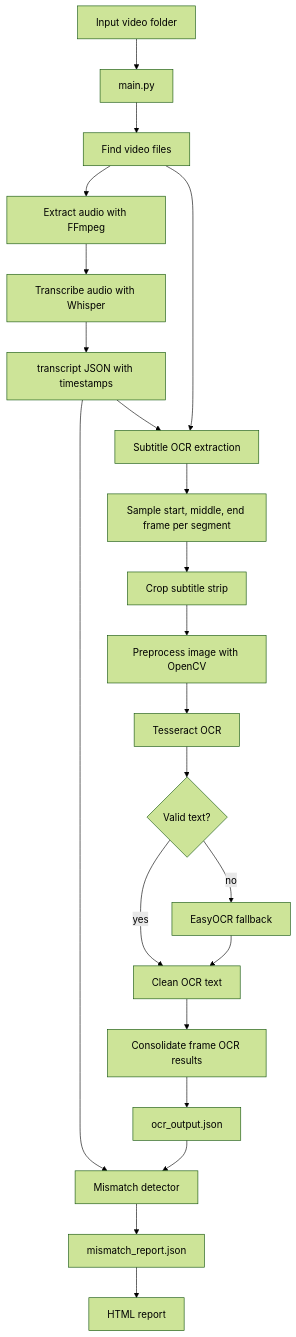
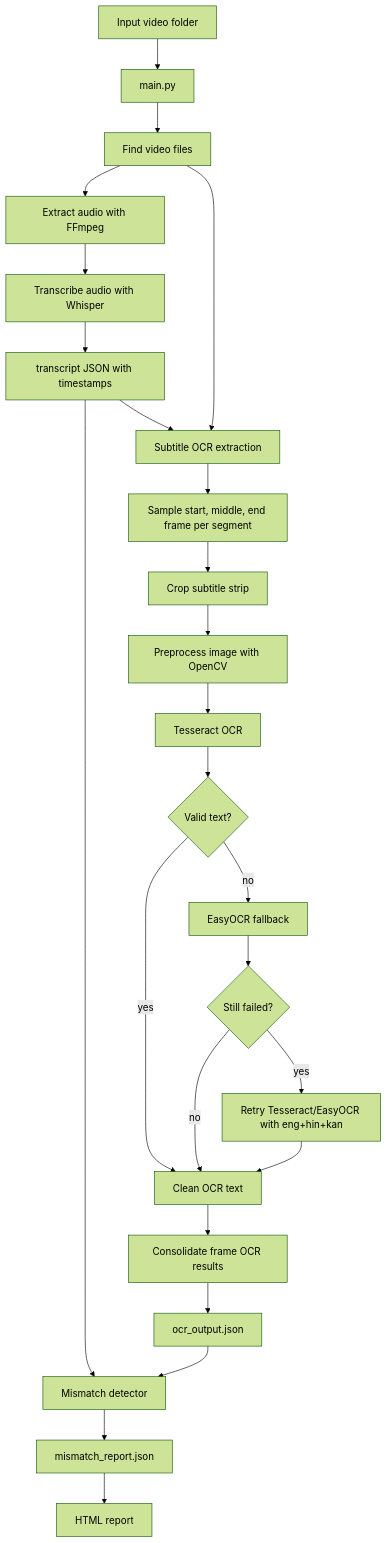
The diagram in README.md (Parth06102006/Burn-in-subtitle-checker), drawn with Mermaid (forest theme) before and after one commit. The commit also changed other lines of this file and 2 other files, not shown here.

````diff
--- a/README.md
+++ b/README.md
@@ -9,27 +9,30 @@
 ```mermaid
 flowchart TD
     A[Input video folder] --> B[main.py]
     B --> C[Find video files]
     C --> D[Extract audio with FFmpeg]
     D --> E[Transcribe audio with Whisper]
     E --> F[transcript JSON with timestamps]
 
     F --> G[Subtitle OCR extraction]
     C --> G
 
     G --> H[Sample start, middle, end frame per segment]
     H --> I[Crop subtitle strip]
     I --> J[Preprocess image with OpenCV]
     J --> K[Tesseract OCR]
     K --> L{Valid text?}
     L -- no --> M[EasyOCR fallback]
     L -- yes --> N[Clean OCR text]
-    M --> N
+    M --> X{Still failed?}
+    X -- yes --> Y[Retry Tesseract/EasyOCR with eng+hin+kan]
+    X -- no --> N
+    Y --> N
     N --> O[Consolidate frame OCR results]
     O --> P[ocr_output.json]
 
     F --> Q[Mismatch detector]
     P --> Q
     Q --> R[mismatch_report.json]
     R --> S[HTML report]
 ```
````
